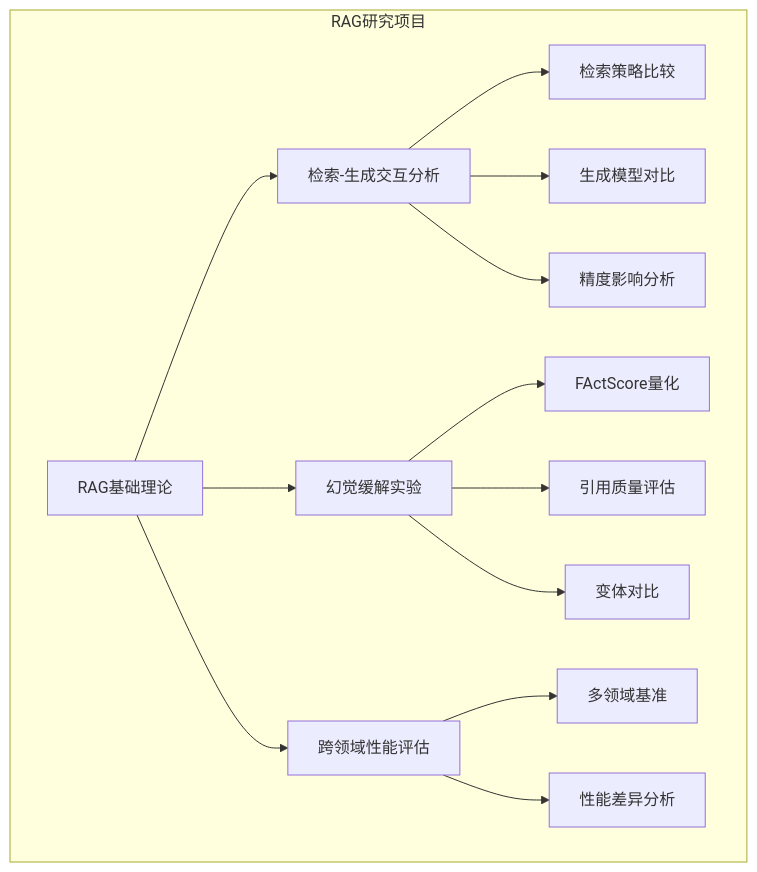
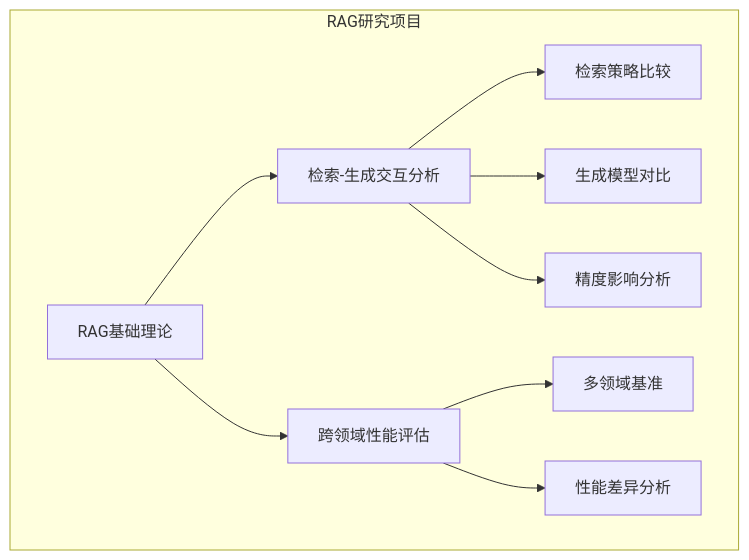
The first of 5 diagrams in .qoder/repowiki/zh/content/项目概述.md (kitee0918/-nlp-rag-project), drawn with Mermaid before and after one commit. The commit also changed other lines of this file and 9 other files, not shown here.

````diff
--- a/.qoder/repowiki/zh/content/项目概述.md
+++ b/.qoder/repowiki/zh/content/项目概述.md
@@ -49,28 +49,20 @@
 ```mermaid
 graph TB
 subgraph "RAG研究项目"
 A[RAG基础理论]
 B[检索-生成交互分析]
-C[幻觉缓解实验]
 D[跨领域性能评估]
 B1[检索策略比较]
 B2[生成模型对比]
 B3[精度影响分析]
-C1[FActScore量化]
-C2[引用质量评估]
-C3[变体对比]
 D1[多领域基准]
 D2[性能差异分析]
 A --> B
-A --> C
 A --> D
 B --> B1
 B --> B2
 B --> B3
-C --> C1
-C --> C2
-C --> C3
 D --> D1
 D --> D2
 end
 ```
````
